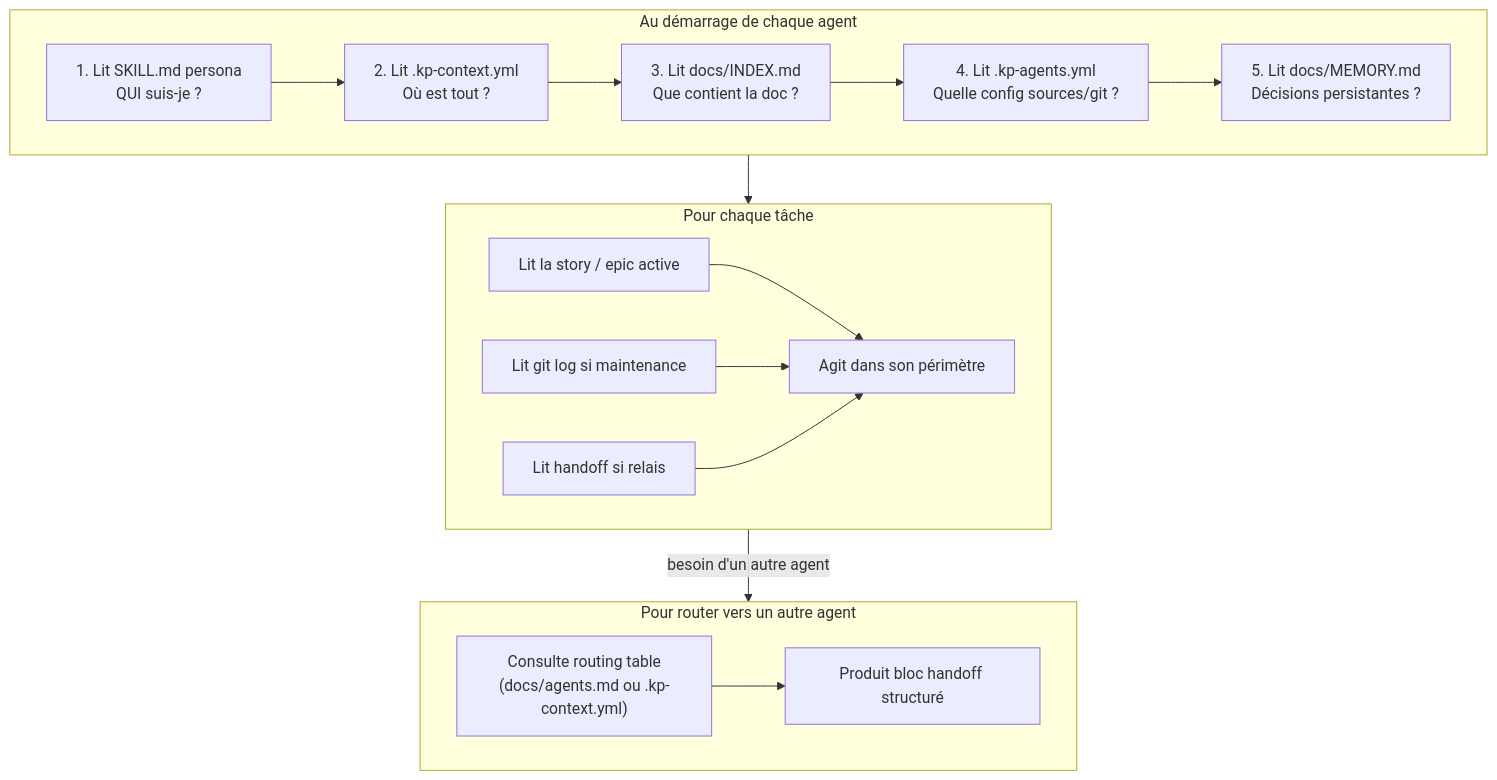
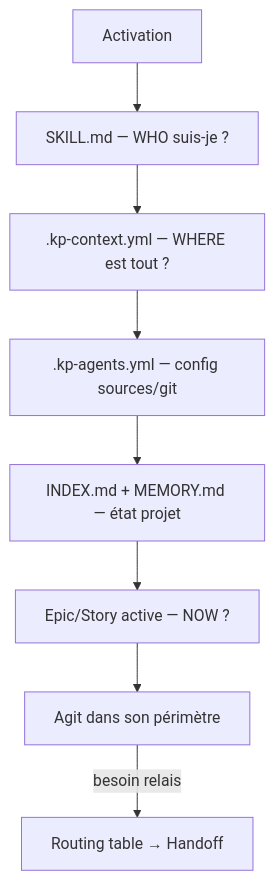
Before and after one commit to KeyProd/kp-agents: the second of 2 diagrams in docs/context-architecture.md, drawn with Mermaid. The commit also changed other lines of this file and 62 other files, not shown here.

````diff
--- a/docs/context-architecture.md
+++ b/docs/context-architecture.md
@@ -370,26 +337,10 @@
 ```mermaid
 flowchart TD
-    subgraph STARTUP ["Au démarrage de chaque agent"]
-        R1["1. Lit SKILL.md persona\nQUI suis-je ?"]
-        R2["2. Lit .kp-context.yml\nOù est tout ?"]
-        R3["3. Lit docs/INDEX.md\nQue contient la doc ?"]
-        R4["4. Lit .kp-agents.yml\nQuelle config sources/git ?"]
-        R5["5. Lit docs/MEMORY.md\nDécisions persistantes ?"]
-        R1 --> R2 --> R3 --> R4 --> R5
-    end
-
-    subgraph TASK ["Pour chaque tâche"]
-        T1["Lit la story / epic active"]
-        T2["Lit git log si maintenance"]
-        T3["Lit handoff si relais"]
-        T1 & T2 & T3 --> ACT["Agit dans son périmètre"]
-    end
-
-    subgraph ROUTING ["Pour router vers un autre agent"]
-        RT["Consulte routing table\n(docs/agents.md ou .kp-context.yml)"]
-        RT --> HO["Produit bloc handoff structuré"]
-    end
-
-    STARTUP --> TASK
-    TASK -->|besoin d'un autre agent| ROUTING
+    A[Activation] --> B[SKILL.md — WHO suis-je ?]
+    B --> C[.kp-context.yml — WHERE est tout ?]
+    C --> D[.kp-agents.yml — config sources/git]
+    D --> E[INDEX.md + MEMORY.md — état projet]
+    E --> F[Epic/Story active — NOW ?]
+    F --> G[Agit dans son périmètre]
+    G -->|besoin relais| H[Routing table → Handoff]
 ```
````
